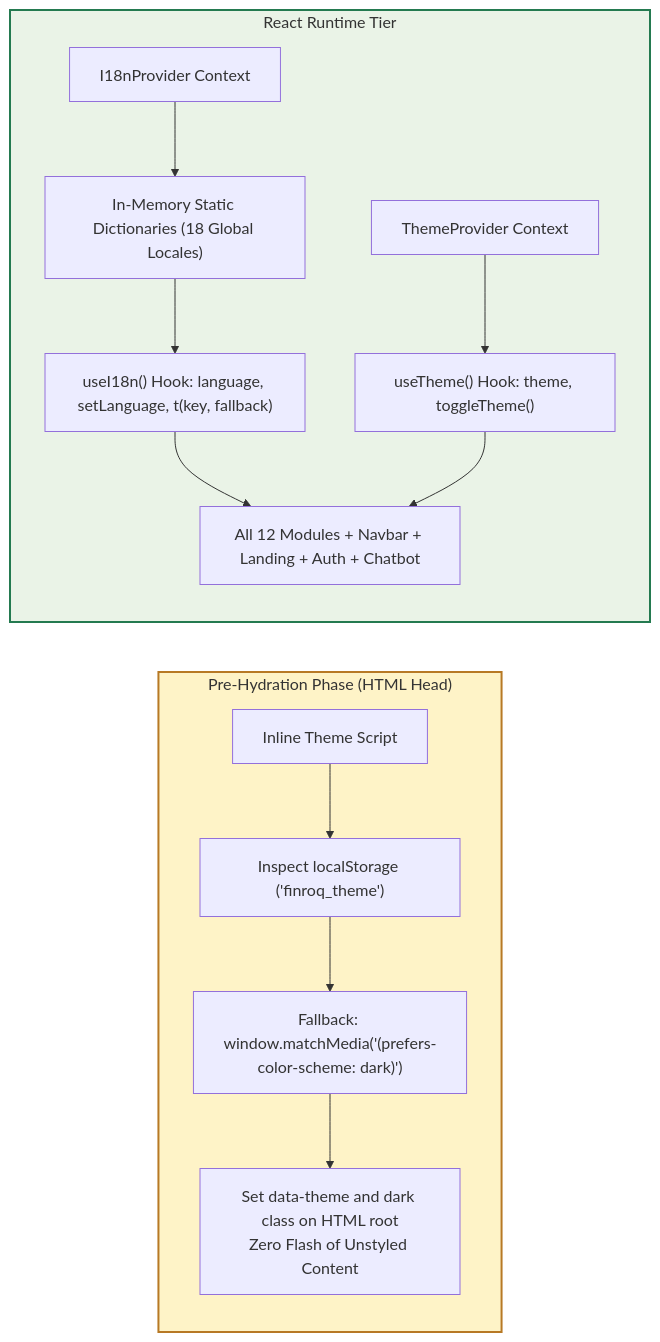
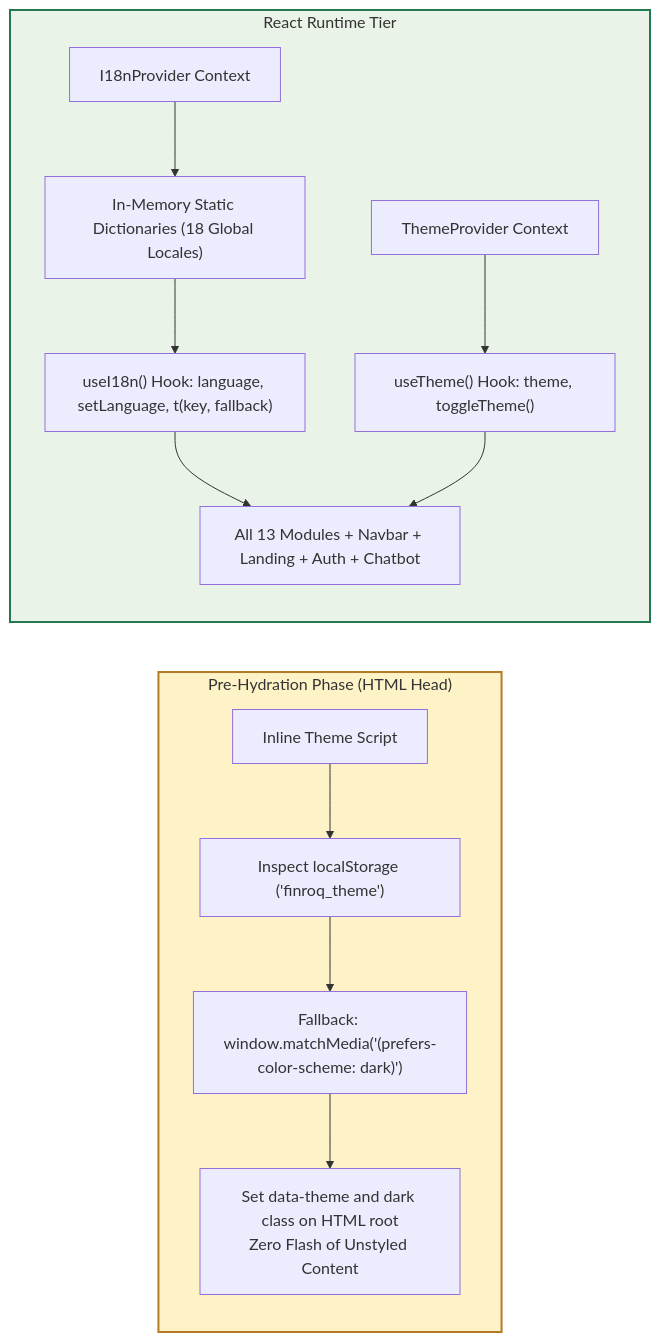
Before and after one commit to nikhillakra2007-tech/finroq: the sixth of 6 diagrams in README.md, drawn with Mermaid. The commit also changed other lines of this file and 36 other files, not shown here.

Commit message:
FEAT(CRASH-TEST): IMPLEMENT AUTONOMOUS 6-AGENT FINANCIAL RESILIENCE PIPELINE WITH INTERCONNECTED FLOWCHART, MODULAR SECTIONS, INR ENFORCEMENT, OTP AUTH, AND ACCESSIBLE MODAL SCROLL LOCK

````diff
--- a/README.md
+++ b/README.md
@@ -353,20 +423,20 @@
 ```mermaid
 flowchart LR
     subgraph PRE_HYDRATION["Pre-Hydration Phase (HTML Head)"]
         SCRIPT["Inline Theme Script"] --> LOCAL_STORAGE["Inspect localStorage ('finroq_theme')"]
         LOCAL_STORAGE --> OS_PREF["Fallback: window.matchMedia('(prefers-color-scheme: dark)')"]
         OS_PREF --> APPLY_ATTR["Set data-theme and dark class on HTML root<br/>Zero Flash of Unstyled Content"]
     end
 
     subgraph RUNTIME["React Runtime Tier"]
         I18N_CTX["I18nProvider Context"] --> DICT["In-Memory Static Dictionaries (18 Global Locales)"]
         DICT --> HOOK["useI18n() Hook: language, setLanguage, t(key, fallback)"]
-        HOOK --> ALL_VIEWS["All 12 Modules + Navbar + Landing + Auth + Chatbot"]
+        HOOK --> ALL_VIEWS["All 13 Modules + Navbar + Landing + Auth + Chatbot"]
         
         THEME_CTX["ThemeProvider Context"] --> THEME_HOOK["useTheme() Hook: theme, toggleTheme()"]
         THEME_HOOK --> ALL_VIEWS
     end
 
     style PRE_HYDRATION fill:#FEF3C7,stroke:#B77925,stroke-width:2px;
     style RUNTIME fill:#EAF3E7,stroke:#247A50,stroke-width:2px;
 ```
````
